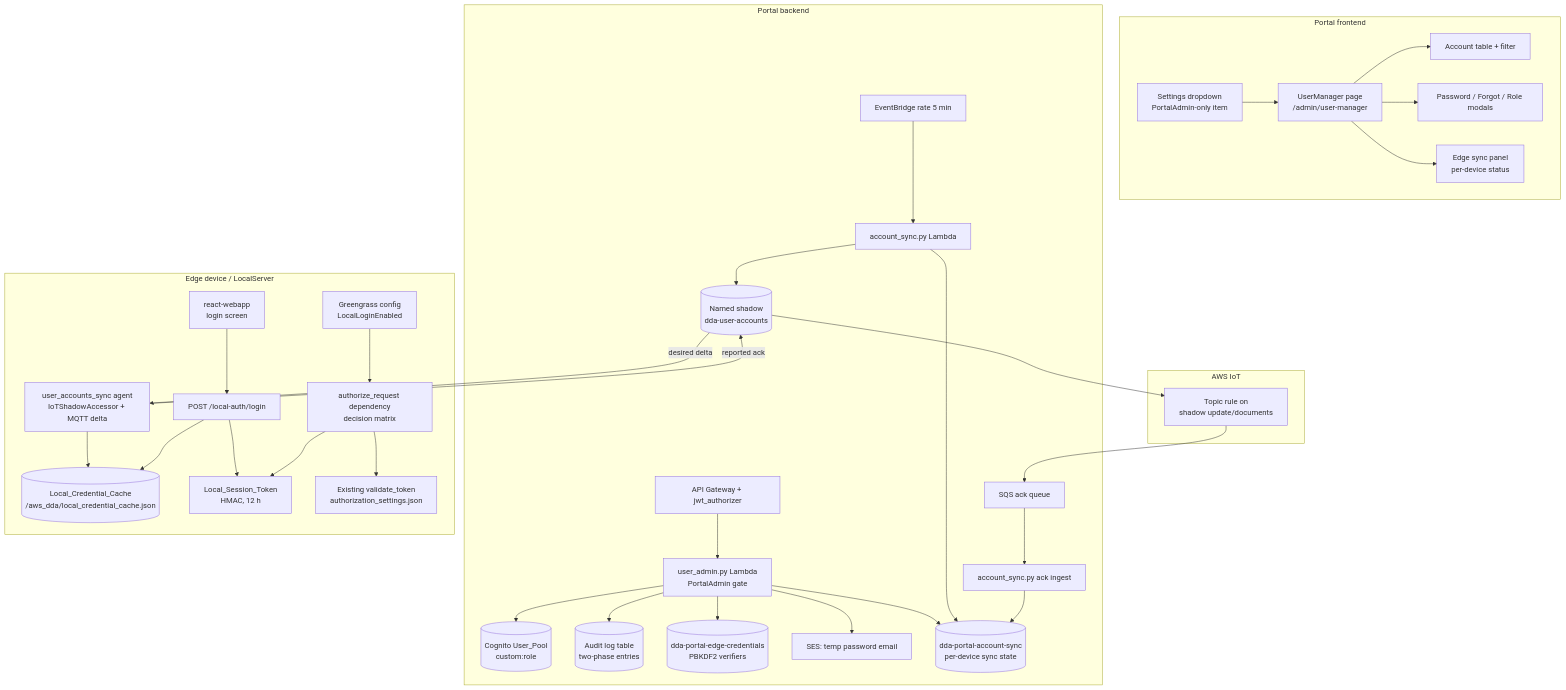
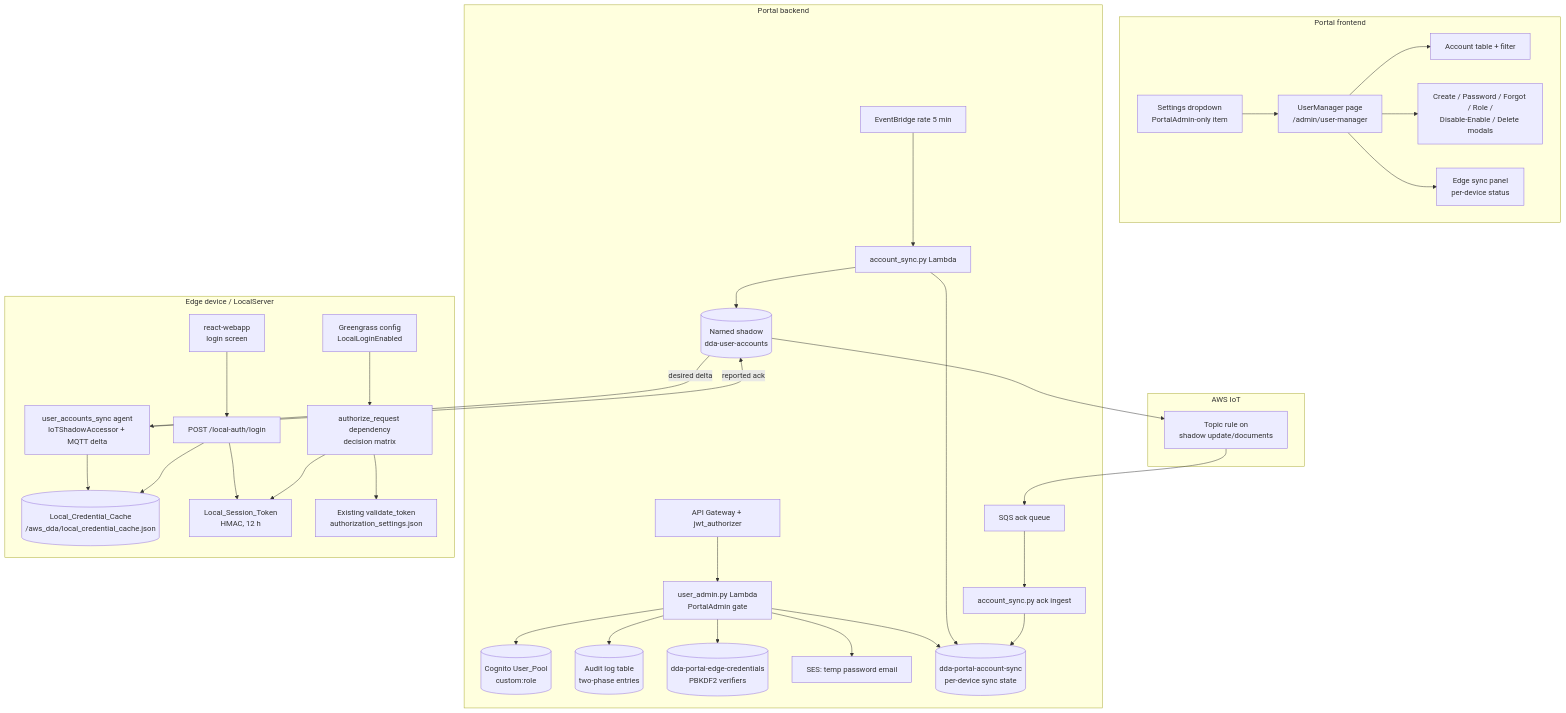
One commit to awslabs/DefectDetectionApplication changed the first of 2 diagrams in .kiro/specs/portal-user-manager/design.md. Above: the diagram before and after it, drawn with Mermaid. The commit also changed other lines of this file and 14 other files, not shown here.

First line of the commit message:
feat(portal): user account life-cycle - create, disable/enable, delete (portal-user-manager)

````diff
--- a/.kiro/specs/portal-user-manager/design.md
+++ b/.kiro/specs/portal-user-manager/design.md
@@ -41,41 +46,41 @@
 ```mermaid
 graph TB
     subgraph Portal frontend
         DD[Settings dropdown<br/>PortalAdmin-only item] --> UM[UserManager page<br/>/admin/user-manager]
         UM --> LIST[Account table + filter]
-        UM --> ACT[Password / Forgot / Role modals]
+        UM --> ACT[Create / Password / Forgot / Role /<br/>Disable-Enable / Delete modals]
         UM --> SYNC[Edge sync panel<br/>per-device status]
     end
 
     subgraph Portal backend
         API[API Gateway + jwt_authorizer] --> UA[user_admin.py Lambda<br/>PortalAdmin gate]
         UA --> COG[(Cognito User_Pool<br/>custom:role)]
         UA --> AUD[(Audit log table<br/>two-phase entries)]
         UA --> CRED[(dda-portal-edge-credentials<br/>PBKDF2 verifiers)]
         UA --> SES[SES: temp password email]
         UA --> SS[(dda-portal-account-sync<br/>per-device sync state)]
         SCHED[EventBridge rate 5 min] --> SYNCFN[account_sync.py Lambda]
         SYNCFN --> SS
         SYNCFN --> SHADOW
         ACKQ[SQS ack queue] --> ACKFN[account_sync.py ack ingest]
         ACKFN --> SS
     end
 
     subgraph AWS IoT
         SHADOW[(Named shadow<br/>dda-user-accounts)]
         RULE[Topic rule on<br/>shadow update/documents] --> ACKQ
         SHADOW --> RULE
     end
 
     subgraph Edge device / LocalServer
         AGENT[user_accounts_sync agent<br/>IoTShadowAccessor + MQTT delta] --> CACHE[(Local_Credential_Cache<br/>/aws_dda/local_credential_cache.json)]
         AGENT -->|reported ack| SHADOW
         SHADOW -->|desired delta| AGENT
         CFG[Greengrass config<br/>LocalLoginEnabled] --> AUTHDEP[authorize_request dependency<br/>decision matrix]
         LOGIN[POST /local-auth/login] --> CACHE
         LOGIN --> TOK[Local_Session_Token<br/>HMAC, 12 h]
         AUTHDEP --> TOK
         AUTHDEP --> ETA[Existing validate_token<br/>authorization_settings.json]
         WEBUI[react-webapp<br/>login screen] --> LOGIN
     end
 ```
````
